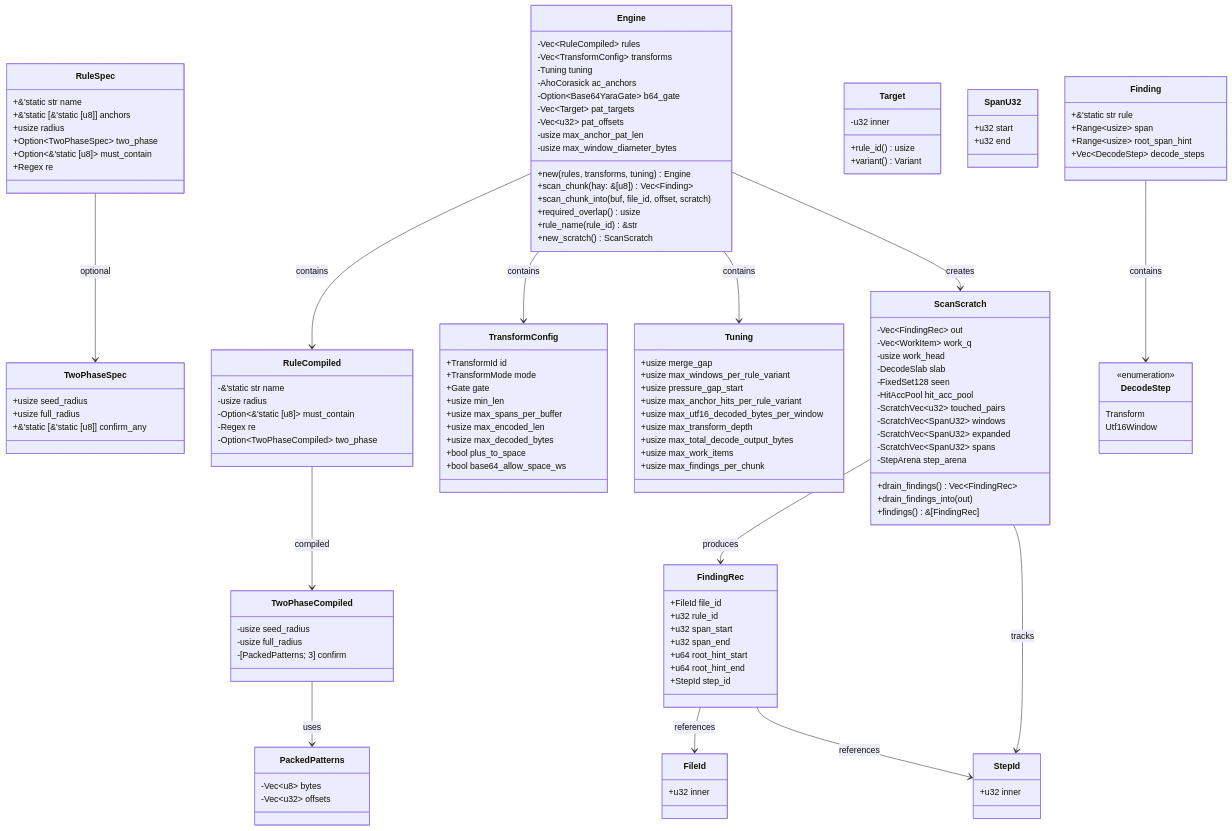
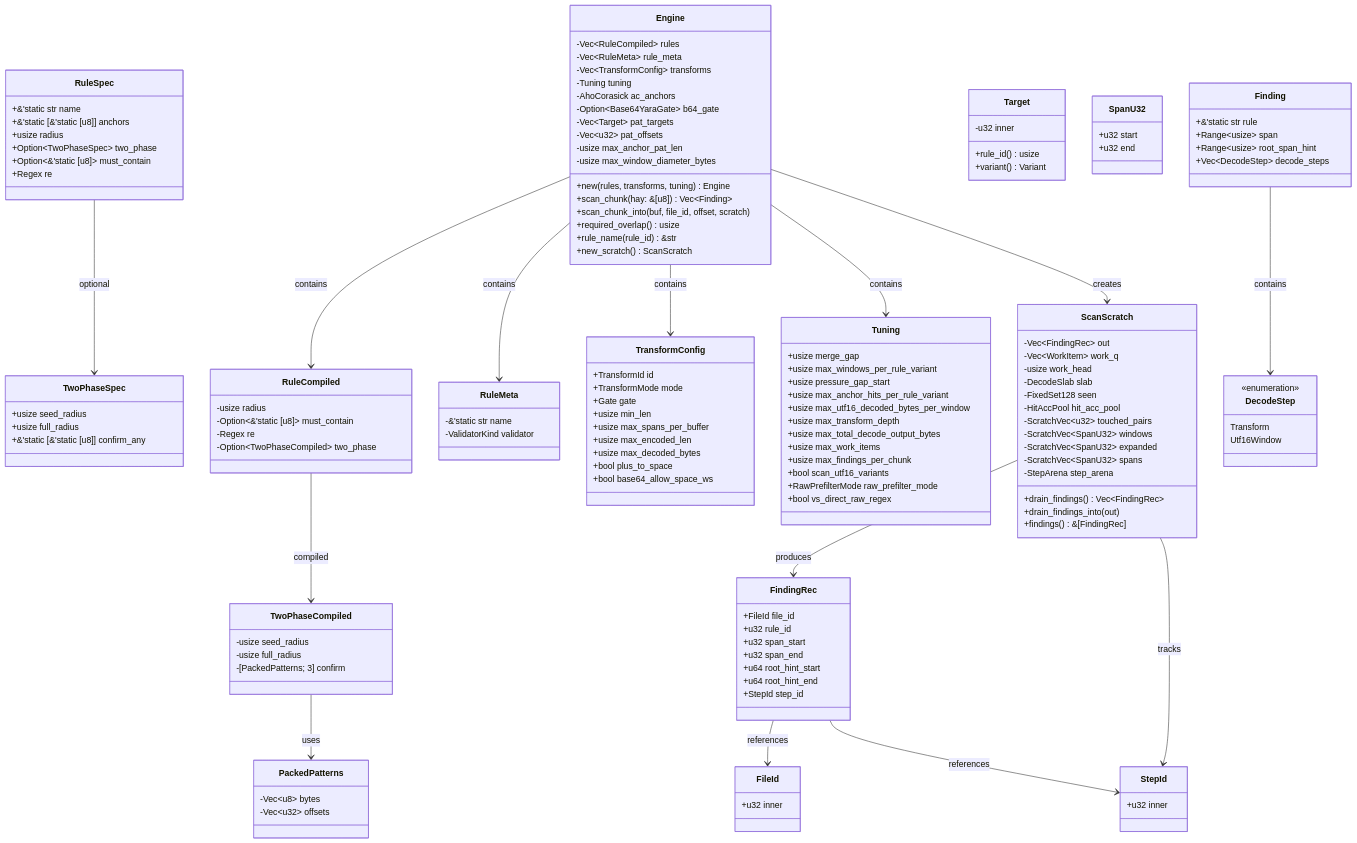
Before and after one commit to ahrav/scratch-scanner-rs: the first of 4 diagrams in docs/data-types.md, drawn with Mermaid. The commit also changed other lines of this file and 5 other files, not shown here.

```diff
--- a/docs/data-types.md
+++ b/docs/data-types.md
@@ -8,6 +8,7 @@
 
     class Engine {
         -Vec~RuleCompiled~ rules
+        -Vec~RuleMeta~ rule_meta
         -Vec~TransformConfig~ transforms
         -Tuning tuning
         -AhoCorasick ac_anchors
@@ -34,11 +35,15 @@
     }
 
     class RuleCompiled {
-        -&'static str name
         -usize radius
         -Option~&'static [u8]~ must_contain
         -Regex re
         -Option~TwoPhaseCompiled~ two_phase
+    }
+
+    class RuleMeta {
+        -&'static str name
+        -ValidatorKind validator
     }
 
     class TwoPhaseCompiled {
@@ -91,6 +96,9 @@
         +usize max_total_decode_output_bytes
         +usize max_work_items
         +usize max_findings_per_chunk
+        +bool scan_utf16_variants
+        +RawPrefilterMode raw_prefilter_mode
+        +bool vs_direct_raw_regex
     }
 
     class ScanScratch {
@@ -142,6 +150,7 @@
     }
 
     Engine --> RuleCompiled : contains
+    Engine --> RuleMeta : contains
     Engine --> TransformConfig : contains
     Engine --> Tuning : contains
     Engine --> ScanScratch : creates
```
